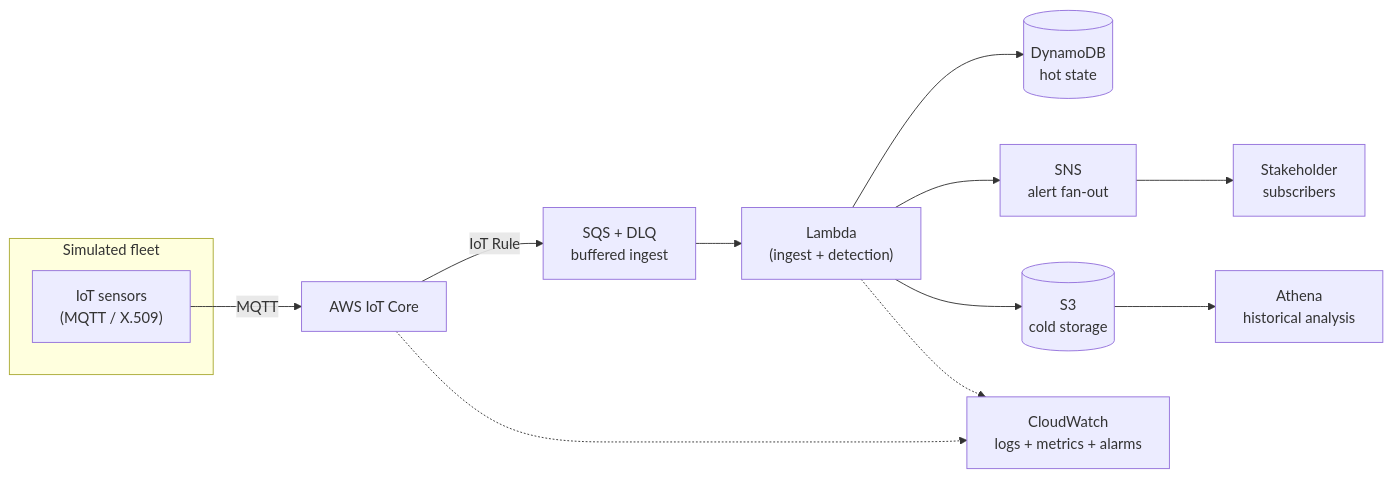
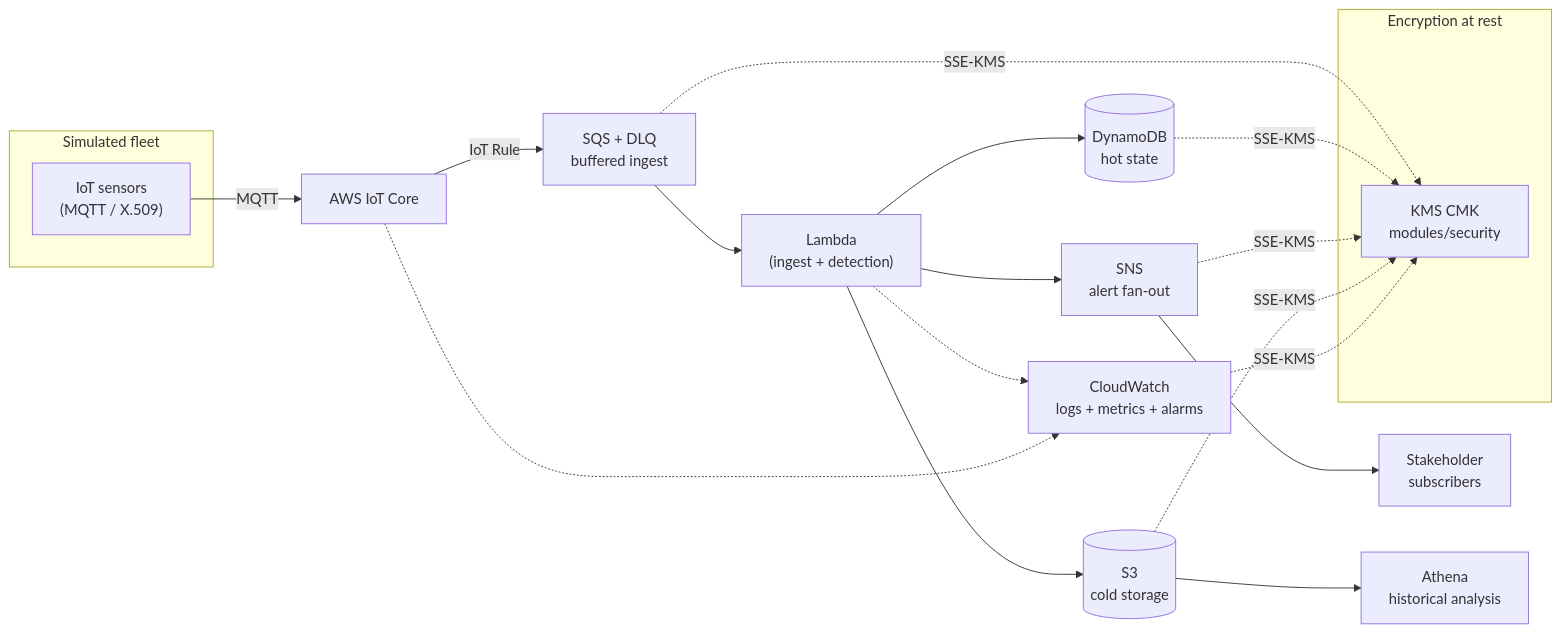
One commit to jssutachan/pyrosense-infrastructure changed the diagram in README.md. Above: the diagram before and after it, drawn with Mermaid. The commit also changed other lines of this file and 29 other files, not shown here.

First line of the commit message:
feat(security): add pipeline KMS key module and wire it into the root

`````diff
--- a/README.md
+++ b/README.md
@@ -41,19 +42,29 @@
-```mermaid
+````mermaid
 flowchart LR
     subgraph Edge["Simulated fleet"]
         S["IoT sensors<br/>(MQTT / X.509)"]
     end
 
     S -->|MQTT| IOT["AWS IoT Core"]
     IOT -->|IoT Rule| SQS["SQS + DLQ<br/>buffered ingest"]
     SQS --> L["Lambda<br/>(ingest + detection)"]
     L --> DDB[("DynamoDB<br/>hot state")]
     L --> SNS["SNS<br/>alert fan-out"]
     SNS --> SUB["Stakeholder<br/>subscribers"]
     L --> S3[("S3<br/>cold storage")]
     S3 --> ATH["Athena<br/>historical analysis"]
 
     CW["CloudWatch<br/>logs + metrics + alarms"]
     L -.-> CW
     IOT -.-> CW
-```
+
+    subgraph Crypto["Encryption at rest"]
+        KMS["KMS CMK<br/>modules/security"]
+    end
+
+    SQS -.->|SSE-KMS| KMS
+    DDB -.->|SSE-KMS| KMS
+    SNS -.->|SSE-KMS| KMS
+    S3 -.->|SSE-KMS| KMS
+    CW -.->|SSE-KMS| KMS
+````
`````
